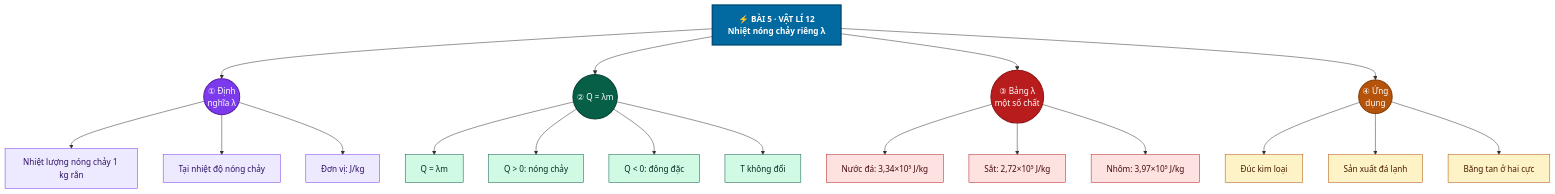
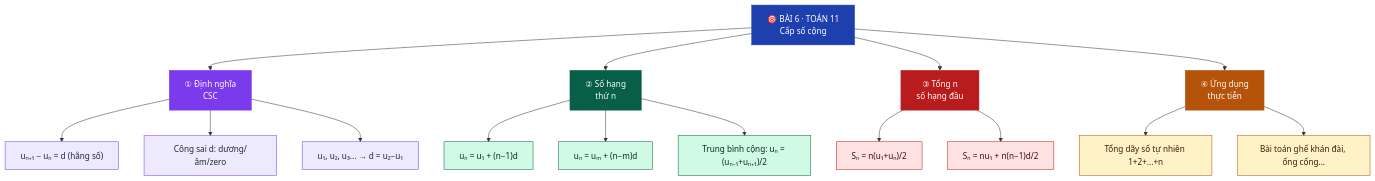
Diagram 17 of 30 in README.md (Trangtu66/Taode_thi_online), drawn with Mermaid before and after one commit. The commit also changed other lines of this file, not shown here.

Commit message:
Chuan hoa bo sung 30 mindmap Mermaid Toan 10/11/12 + Vatli 12

````diff
--- a/README.md
+++ b/README.md
@@ -326,45 +650,32 @@
 ```mermaid
 graph TD
-    Goc["⚡ BÀI 5 · VẬT LÍ 12\nNhiệt nóng chảy riêng λ"]
+    G["🎯 BÀI 6 · TOÁN 11<br/>Cấp số cộng"]:::root
+    G --> A["① Định nghĩa<br/>CSC"]:::n1
+    G --> B["② Số hạng<br/>thứ n"]:::n2
+    G --> C["③ Tổng n<br/>số hạng đầu"]:::n3
+    G --> D["④ Ứng dụng<br/>thực tiễn"]:::n4
 
-    Goc --> B1(("① Định\nnghĩa λ"))
-    Goc --> B2(("② Q = λm"))
-    Goc --> B3(("③ Bảng λ\nmột số chất"))
-    Goc --> B4(("④ Ứng\ndụng"))
+    A --> A1["uₙ₊₁ − uₙ = d (hằng số)"]:::l1
+    A --> A2["Công sai d: dương/âm/zero"]:::l1
+    A --> A3["u₁, u₂, u₃... → d = u₂−u₁"]:::l1
 
-    B1 --> B1a["Nhiệt lượng nóng chảy 1 kg rắn"]
-    B1 --> B1b["Tại nhiệt độ nóng chảy"]
-    B1 --> B1c["Đơn vị: J/kg"]
+    B --> B1["uₙ = u₁ + (n−1)d"]:::l2
+    B --> B2["uₙ = uₘ + (n−m)d"]:::l2
+    B --> B3["Trung bình cộng: uₙ = (uₙ₋₁+uₙ₊₁)/2"]:::l2
 
-    B2 --> B2a["Q = λm"]
-    B2 --> B2b["Q > 0: nóng chảy"]
-    B2 --> B2c["Q < 0: đông đặc"]
-    B2 --> B2d["T không đổi"]
+    C --> C1["Sₙ = n(u₁+uₙ)/2"]:::l3
+    C --> C2["Sₙ = nu₁ + n(n−1)d/2"]:::l3
 
-    B3 --> B3a["Nước đá: 3,34×10⁵ J/kg"]
-    B3 --> B3b["Sắt: 2,72×10⁵ J/kg"]
-    B3 --> B3c["Nhôm: 3,97×10⁵ J/kg"]
+    D --> D1["Tổng dãy số tự nhiên 1+2+...+n"]:::l4
+    D --> D2["Bài toán ghế khán đài, ống cống..."]:::l4
 
-    B4 --> B4a["Đúc kim loại"]
-    B4 --> B4b["Sản xuất đá lạnh"]
-    B4 --> B4c["Băng tan ở hai cực"]
-
-    style Goc fill:#0369A1,stroke:#024f7a,stroke-width:3px,color:#fff,font-weight:bold
-    style B1 fill:#7C3AED,stroke:#5b1fa8,stroke-width:2px,color:#fff
-    style B2 fill:#065F46,stroke:#044032,stroke-width:2px,color:#fff
-    style B3 fill:#B91C1C,stroke:#8a1414,stroke-width:2px,color:#fff
-    style B4 fill:#B45309,stroke:#863e06,stroke-width:2px,color:#fff
-    style B1a fill:#EDE9FE,stroke:#7C3AED,color:#2e1065
-    style B1b fill:#EDE9FE,stroke:#7C3AED,color:#2e1065
-    style B1c fill:#EDE9FE,stroke:#7C3AED,color:#2e1065
-    style B2a fill:#D1FAE5,stroke:#065F46,color:#022c22
-    style B2b fill:#D1FAE5,stroke:#065F46,color:#022c22
-    style B2c fill:#D1FAE5,stroke:#065F46,color:#022c22
-    style B2d fill:#D1FAE5,stroke:#065F46,color:#022c22
-    style B3a fill:#FEE2E2,stroke:#B91C1C,color:#450a0a
-    style B3b fill:#FEE2E2,stroke:#B91C1C,color:#450a0a
-    style B3c fill:#FEE2E2,stroke:#B91C1C,color:#450a0a
-    style B4a fill:#FEF3C7,stroke:#B45309,color:#451a03
-    style B4b fill:#FEF3C7,stroke:#B45309,color:#451a03
-    style B4c fill:#FEF3C7,stroke:#B45309,color:#451a03
+    classDef root fill:#1E40AF,color:#fff,stroke:#1E40AF
+    classDef n1 fill:#7C3AED,color:#fff,stroke:#7C3AED
+    classDef n2 fill:#065F46,color:#fff,stroke:#065F46
+    classDef n3 fill:#B91C1C,color:#fff,stroke:#B91C1C
+    classDef n4 fill:#B45309,color:#fff,stroke:#B45309
+    classDef l1 fill:#EDE9FE,color:#1E293B,stroke:#7C3AED
+    classDef l2 fill:#D1FAE5,color:#022c22,stroke:#065F46
+    classDef l3 fill:#FEE2E2,color:#450a0a,stroke:#B91C1C
+    classDef l4 fill:#FEF3C7,color:#451a03,stroke:#B45309
 ```
````
